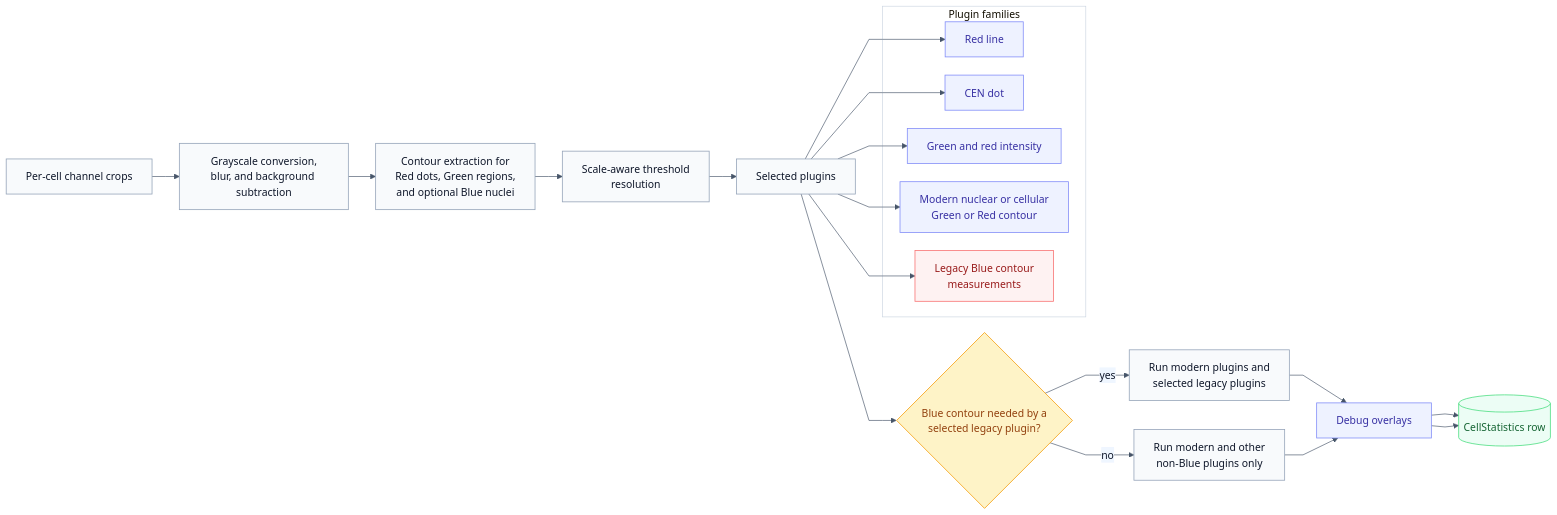
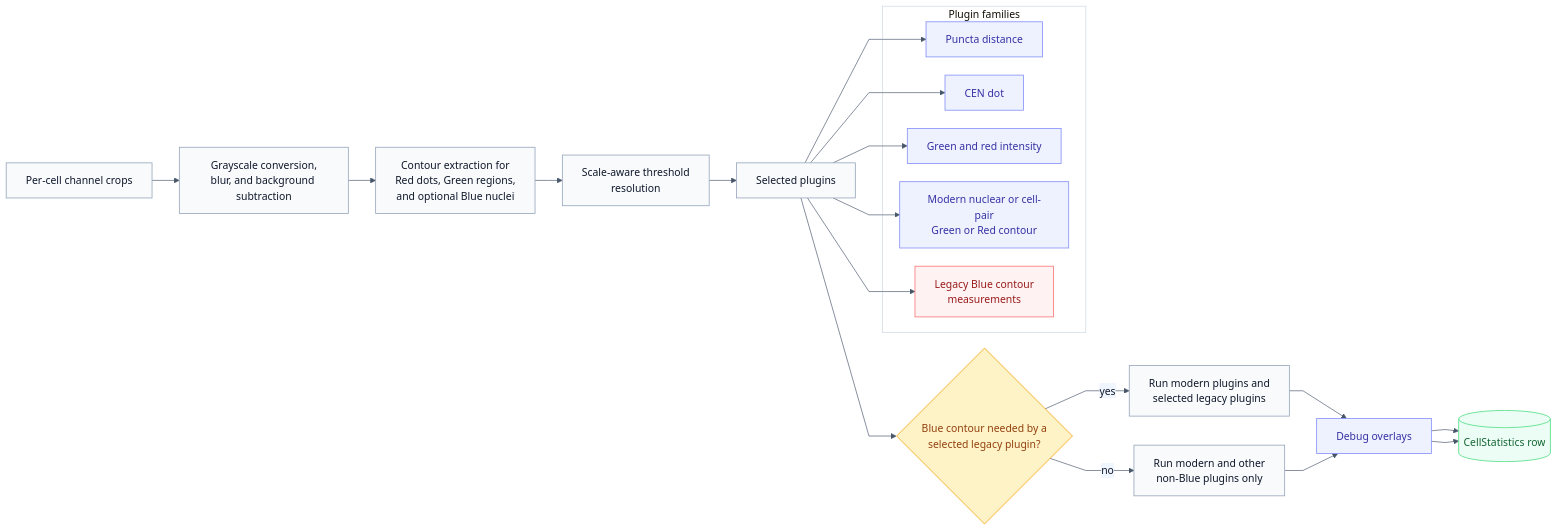
Before and after one commit to BrentLagesse/CytoCV: the diagram in docs/diagrams/03-cell-analysis-flow.mmd, drawn with Mermaid. The commit also changed 68 other files, not shown here.

```diff
--- a/docs/diagrams/03-cell-analysis-flow.mmd
+++ b/docs/diagrams/03-cell-analysis-flow.mmd
@@ -1,42 +1,42 @@
 %%{init: {"theme":"base","themeVariables":{"background":"#ffffff","primaryColor":"#f8fafc","primaryBorderColor":"#94a3b8","primaryTextColor":"#0f172a","secondaryColor":"#eff6ff","tertiaryColor":"#eef2ff","lineColor":"#475569","fontFamily":"Helvetica","fontSize":"16px","clusterBorder":"#cbd5e1","clusterBkg":"#ffffff"},"flowchart":{"htmlLabels":true,"curve":"linear","nodeSpacing":28,"rankSpacing":42}}}%%
 flowchart LR
     classDef process fill:#f8fafc,stroke:#94a3b8,color:#0f172a,stroke-width:1.2px;
     classDef decision fill:#fef3c7,stroke:#f59e0b,color:#92400e,stroke-width:1.2px;
     classDef data fill:#ecfdf5,stroke:#4ade80,color:#166534,stroke-width:1.2px;
     classDef output fill:#eef2ff,stroke:#818cf8,color:#3730a3,stroke-width:1.2px;
     classDef legacy fill:#fef2f2,stroke:#f87171,color:#991b1b,stroke-width:1.2px;
 
     crops[Per-cell channel crops]
     gray[Grayscale conversion,<br/>blur, and background subtraction]
     contours[Contour extraction for<br/>Red dots, Green regions,<br/>and optional Blue nuclei]
     scale[Scale-aware threshold<br/>resolution]
     plugins[Selected plugins]
     blue{Blue contour needed by a<br/>selected legacy plugin?}
     run_all[Run modern plugins and<br/>selected legacy plugins]
     run_partial[Run modern and other<br/>non-Blue plugins only]
     debug[Debug overlays]
     save[(CellStatistics row)]
 
     crops --> gray --> contours --> scale --> plugins --> blue
     blue -- yes --> run_all --> debug --> save
     blue -- no --> run_partial --> debug --> save
 
     subgraph families[Plugin families]
-        p1[Red line]
+        p1[Puncta distance]
         p2[CEN dot]
         p3[Green and red intensity]
-        p4[Modern nuclear or cellular<br/>Green or Red contour]
+        p4[Modern nuclear or cell-pair<br/>Green or Red contour]
         p5[Legacy Blue contour<br/>measurements]
     end
 
     plugins --> p1
     plugins --> p2
     plugins --> p3
     plugins --> p4
     plugins --> p5
 
     class crops,gray,contours,scale,plugins,run_all,run_partial process
     class blue decision
     class save data
     class debug,p1,p2,p3,p4 output
     class p5 legacy
```
